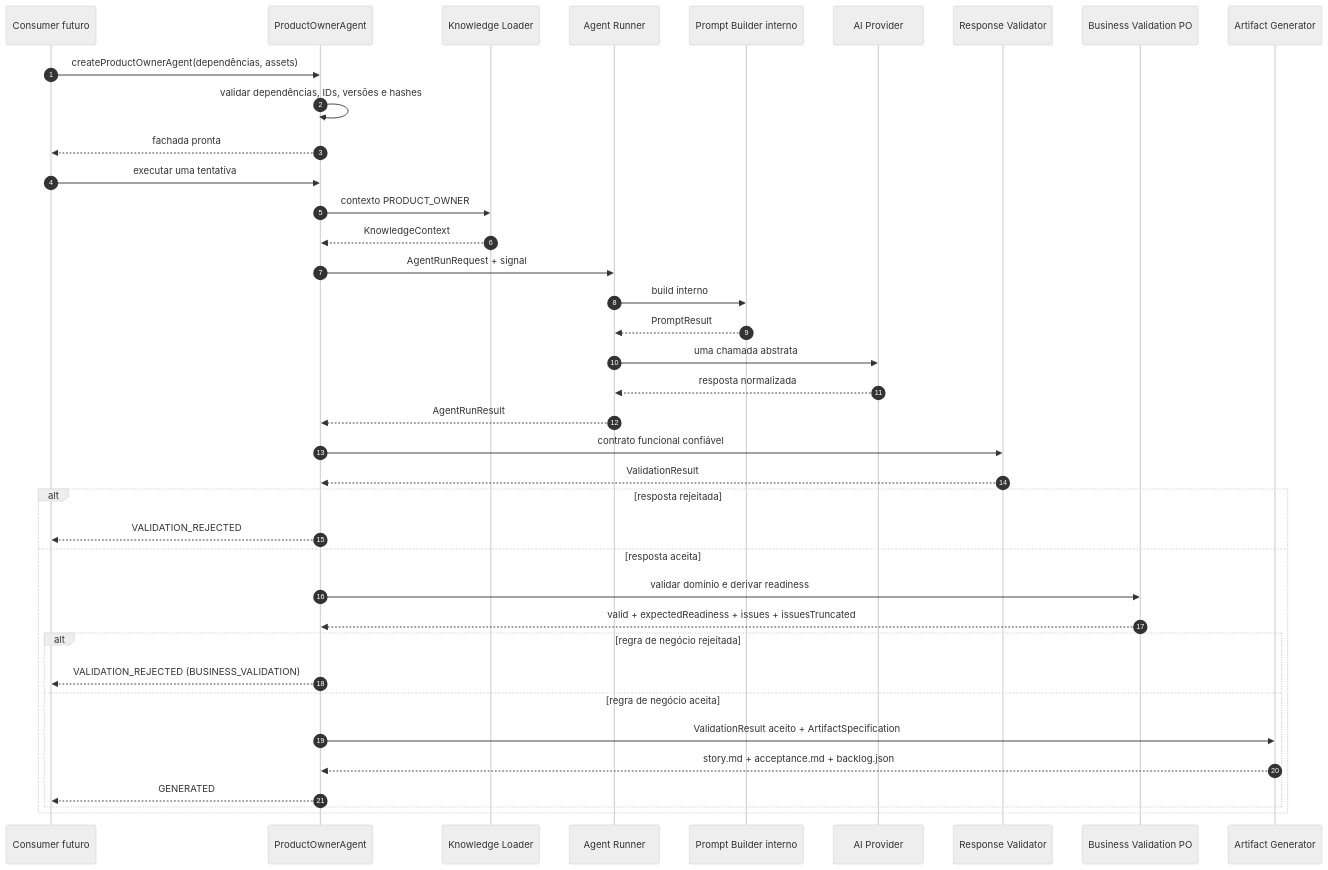
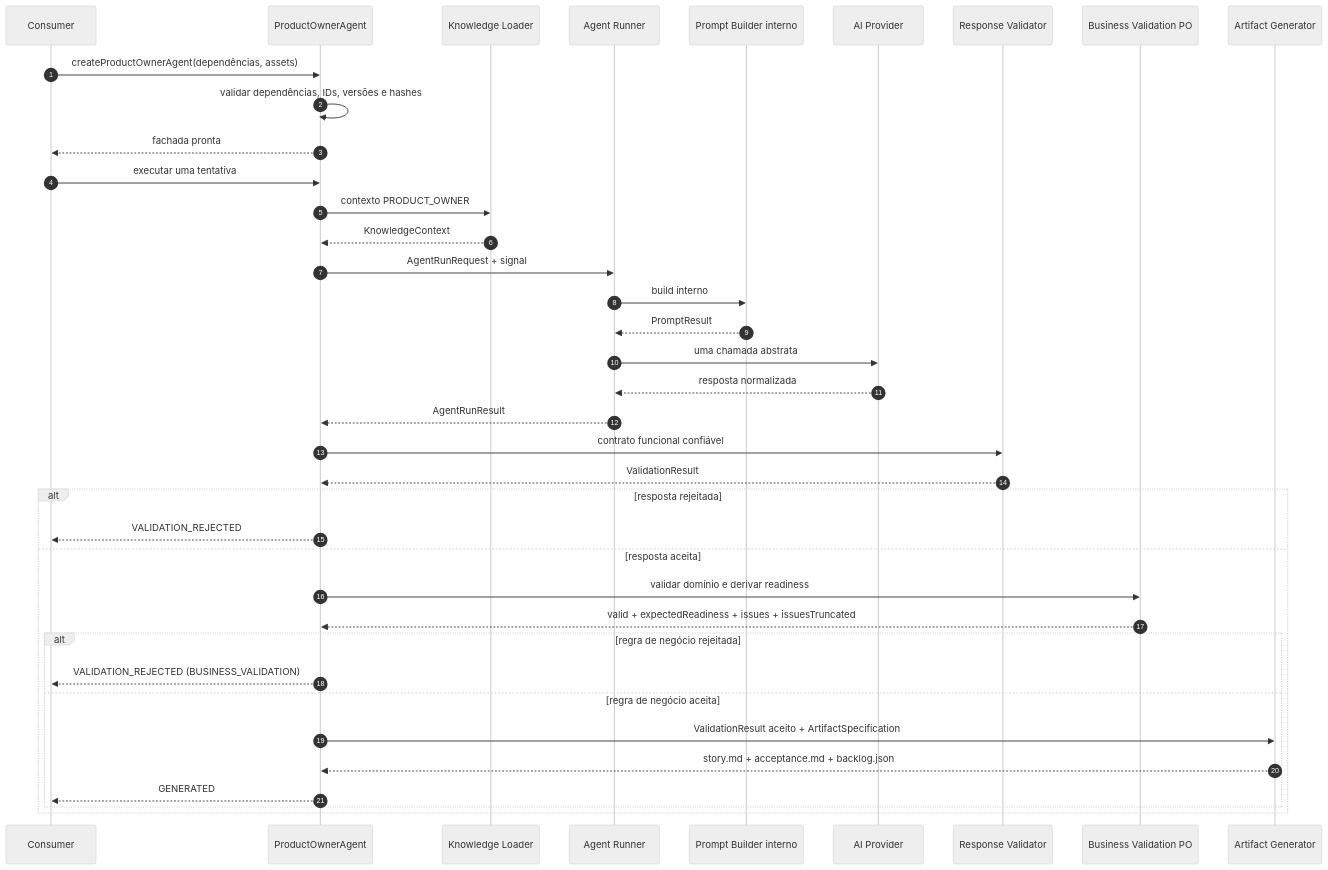
Before and after one commit to felipet66/brq-ai-factory: the third of 10 diagrams in knowledge/33-PIPELINE_OVERVIEW.md, drawn with Mermaid (neutral theme). The commit also changed other lines of this file and 63 other files, not shown here.

````diff
--- a/knowledge/33-PIPELINE_OVERVIEW.md
+++ b/knowledge/33-PIPELINE_OVERVIEW.md
@@ -70,42 +71,42 @@
 ```mermaid
 sequenceDiagram
     autonumber
-    participant C as Consumer futuro
+    participant C as Consumer
     participant PO as ProductOwnerAgent
     participant K as Knowledge Loader
     participant R as Agent Runner
     participant P as Prompt Builder interno
     participant AI as AI Provider
     participant V as Response Validator
     participant B as Business Validation PO
     participant A as Artifact Generator
 
     C->>PO: createProductOwnerAgent(dependências, assets)
     PO->>PO: validar dependências, IDs, versões e hashes
     PO-->>C: fachada pronta
     C->>PO: executar uma tentativa
     PO->>K: contexto PRODUCT_OWNER
     K-->>PO: KnowledgeContext
     PO->>R: AgentRunRequest + signal
     R->>P: build interno
     P-->>R: PromptResult
     R->>AI: uma chamada abstrata
     AI-->>R: resposta normalizada
     R-->>PO: AgentRunResult
     PO->>V: contrato funcional confiável
     V-->>PO: ValidationResult
 
     alt resposta rejeitada
         PO-->>C: VALIDATION_REJECTED
     else resposta aceita
         PO->>B: validar domínio e derivar readiness
         B-->>PO: valid + expectedReadiness + issues + issuesTruncated
         alt regra de negócio rejeitada
             PO-->>C: VALIDATION_REJECTED (BUSINESS_VALIDATION)
         else regra de negócio aceita
             PO->>A: ValidationResult aceito + ArtifactSpecification
             A-->>PO: story.md + acceptance.md + backlog.json
             PO-->>C: GENERATED
         end
     end
 ```
````
